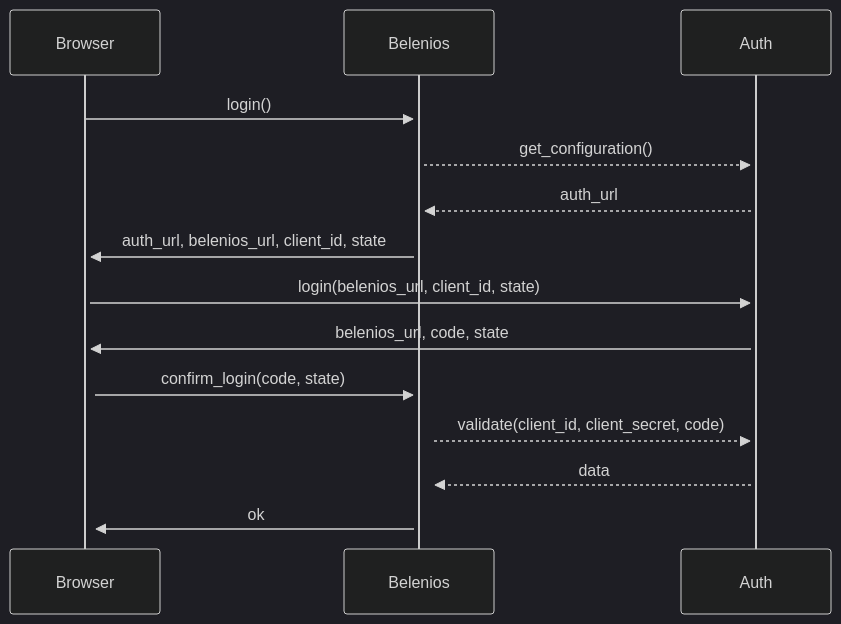
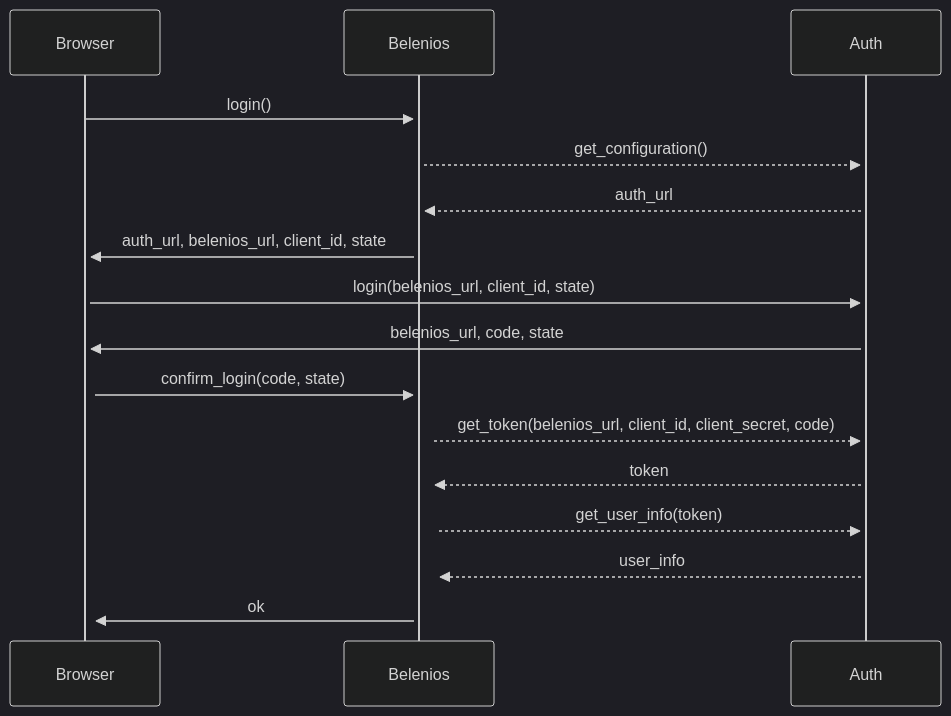
Before and after one commit to glondu/belenios: the second of 2 diagrams in doc/auth.md, drawn with Mermaid (dark theme). The commit also changed other lines of this file, not shown here.

Commit message:
More precise documentation for auth protocols

````diff
--- a/doc/auth.md
+++ b/doc/auth.md
@@ -19,13 +19,15 @@
 ```mermaid
 sequenceDiagram
     Browser->>+Belenios: login()
     Belenios-->>+Auth: get_configuration()
     Auth-->>+Belenios: auth_url
     Belenios->>+Browser: auth_url, belenios_url, client_id, state
     Browser->>+Auth: login(belenios_url, client_id, state)
     Auth->>+Browser: belenios_url, code, state
     Browser->>+Belenios: confirm_login(code, state)
-    Belenios-->>+Auth: validate(client_id, client_secret, code)
-    Auth-->>+Belenios: data
+    Belenios-->>+Auth: get_token(belenios_url, client_id, client_secret, code)
+    Auth-->>+Belenios: token
+    Belenios-->>+Auth: get_user_info(token)
+    Auth-->>+Belenios: user_info
     Belenios->>+Browser: ok
 ```
````
